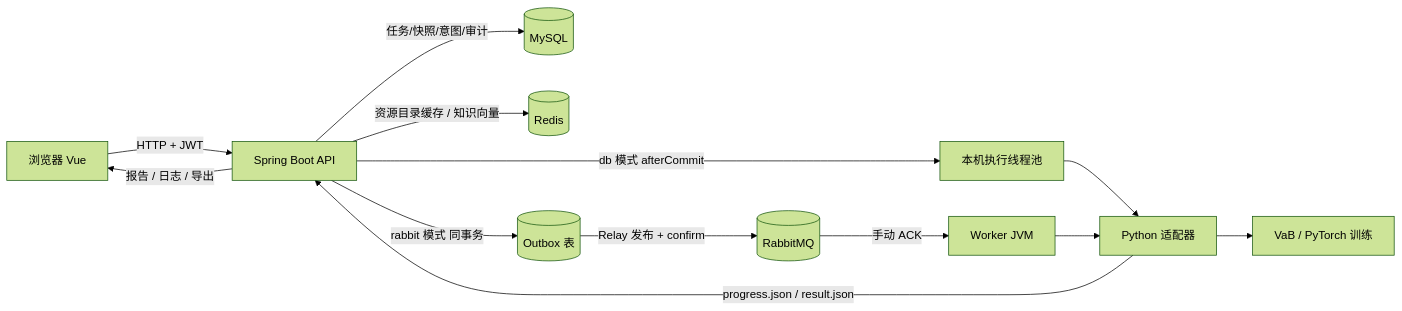
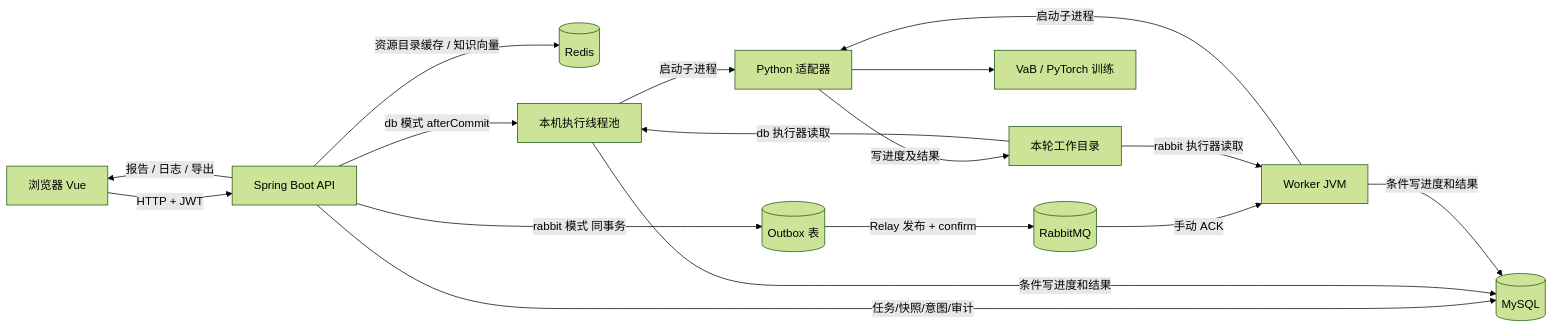
The diagram in docs/project-design-overview.md (1990571096/security_model), drawn with Mermaid (forest theme) before and after one commit. The commit also changed other lines of this file and 9 other files, not shown here.

````diff
--- a/docs/project-design-overview.md
+++ b/docs/project-design-overview.md
@@ -61,15 +75,19 @@
 ```mermaid
 flowchart LR
     U[浏览器 Vue] -->|HTTP + JWT| A[Spring Boot API]
     A -->|任务/快照/意图/审计| M[(MySQL)]
     A -->|资源目录缓存 / 知识向量| R[(Redis)]
     A -->|db 模式 afterCommit| E[本机执行线程池]
     A -->|rabbit 模式 同事务| O[(Outbox 表)]
     O -->|Relay 发布 + confirm| Q[(RabbitMQ)]
     Q -->|手动 ACK| W[Worker JVM]
-    E --> P[Python 适配器]
-    W --> P
+    E -->|启动子进程| P[Python 适配器]
+    W -->|启动子进程| P
     P --> V[VaB / PyTorch 训练]
-    P -->|progress.json / result.json| A
+    P -->|写进度及结果| F[本轮工作目录]
+    F -->|db 执行器读取| E
+    F -->|rabbit 执行器读取| W
+    E -->|条件写进度和结果| M
+    W -->|条件写进度和结果| M
     A -->|报告 / 日志 / 导出| U
 ```
````
